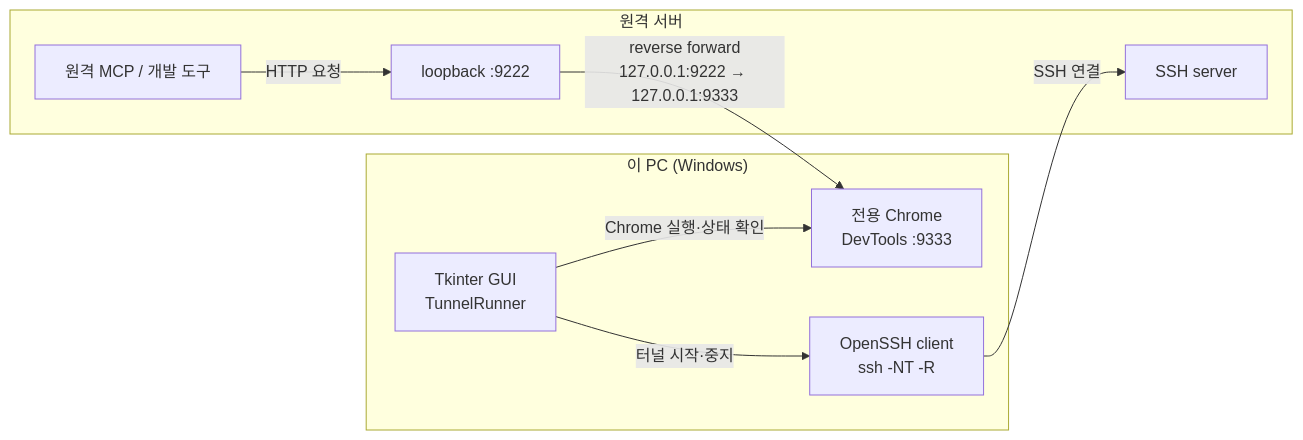
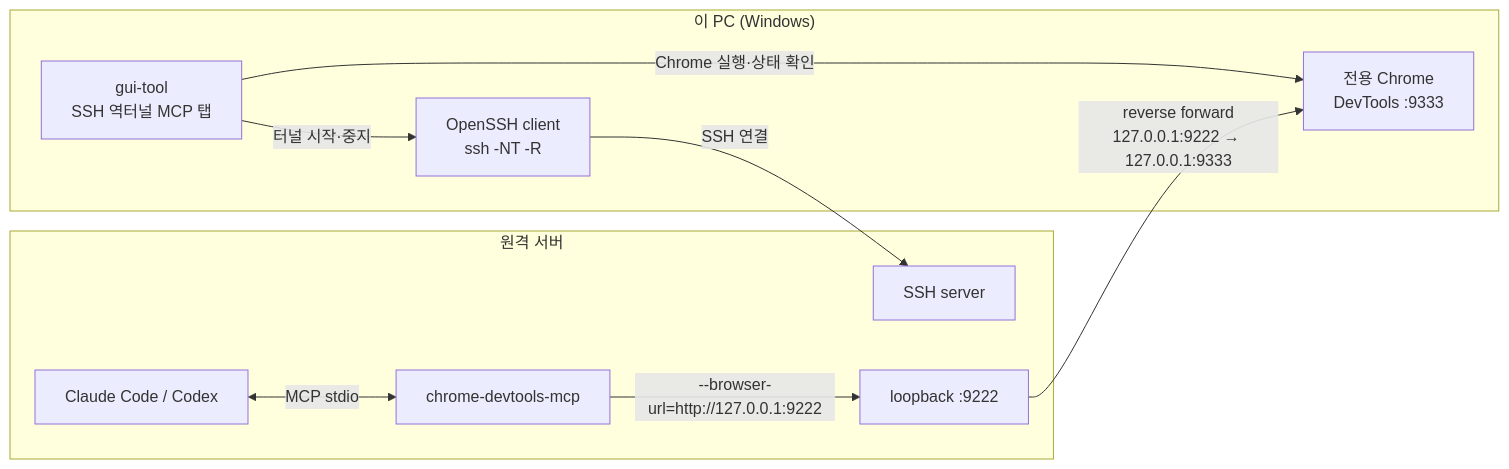
Before and after one commit to gbox3d/ready_chromedev: the second of 2 diagrams in readme.md, drawn with Mermaid. The commit also changed other lines of this file and 31 other files, not shown here.

First line of the commit message:
Replace tunnel_gui with gui_tool and let AI drive the same window

````diff
--- a/readme.md
+++ b/readme.md
@@ -154,20 +188,22 @@
 ```mermaid
 flowchart LR
     subgraph WIN["이 PC (Windows)"]
-        GUI["Tkinter GUI<br/>TunnelRunner"]
+        GUI["gui-tool<br/>SSH 역터널 MCP 탭"]
         SSH["OpenSSH client<br/>ssh -NT -R"]
         CHROME["전용 Chrome<br/>DevTools :9333"]
     end
 
     subgraph REMOTE["원격 서버"]
-        TOOL["원격 MCP / 개발 도구"]
+        CLIENT["Claude Code / Codex"]
+        MCP["chrome-devtools-mcp"]
         PORT["loopback :9222"]
         SSHD["SSH server"]
     end
 
     GUI -->|"Chrome 실행·상태 확인"| CHROME
     GUI -->|"터널 시작·중지"| SSH
     SSH -->|"SSH 연결"| SSHD
-    TOOL -->|"HTTP 요청"| PORT
+    CLIENT <-->|"MCP stdio"| MCP
+    MCP -->|"--browser-url=http://127.0.0.1:9222"| PORT
     PORT -->|"reverse forward<br/>127.0.0.1:9222 → 127.0.0.1:9333"| CHROME
 ```
````
